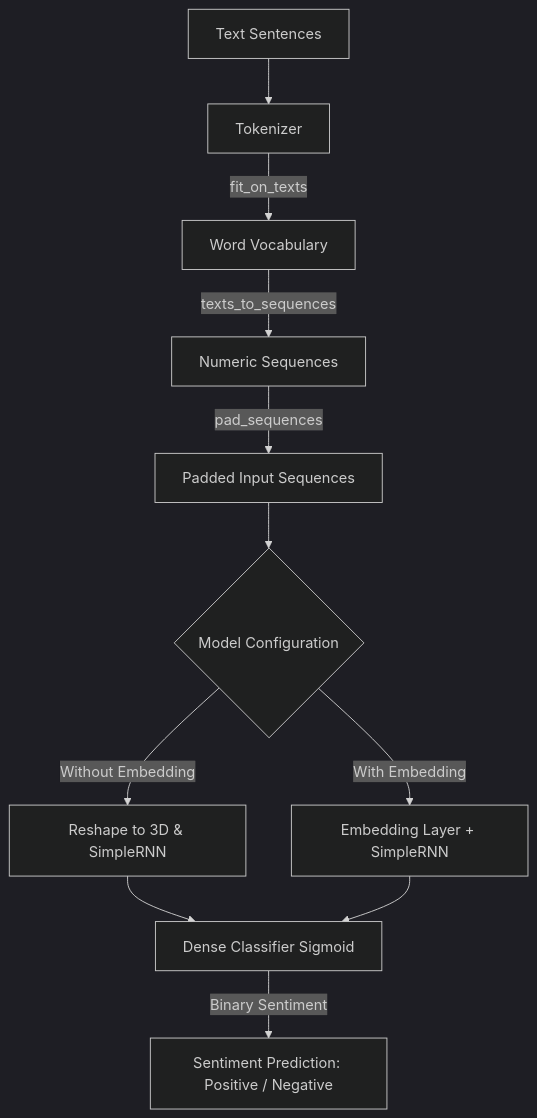
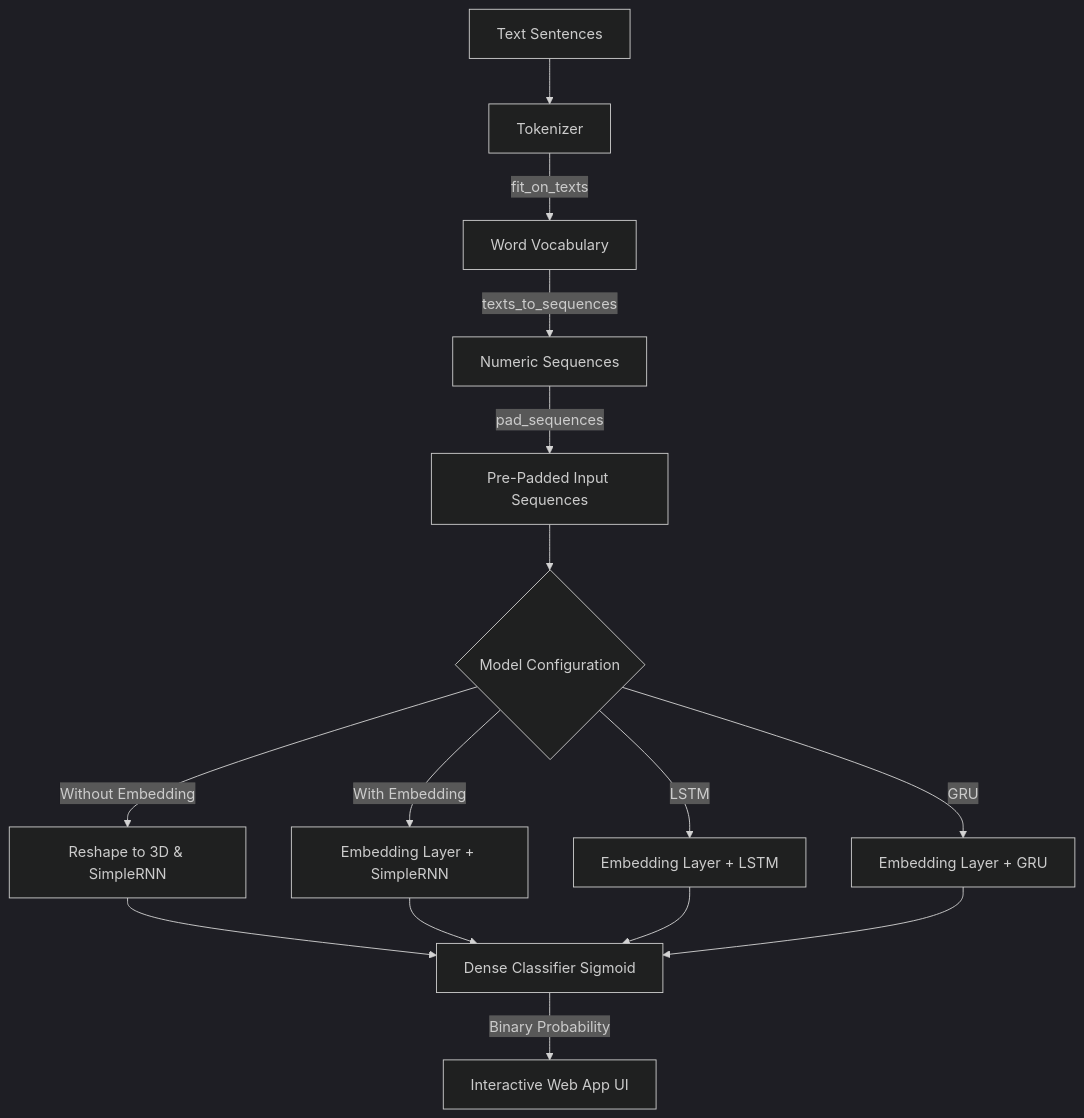
Before and after one commit to vedantdubey19/RNN-Sentiment-Analysis: the diagram in README.md, drawn with Mermaid (dark theme). The commit also changed other lines of this file and 13 other files, not shown here.

Commit message:
Implement RNN, LSTM, and GRU sentiment comparative models with Flask web dashboard

````diff
--- a/README.md
+++ b/README.md
@@ -18,13 +20,14 @@
 ```mermaid
 flowchart TD
     A[Text Sentences] --> B[Tokenizer]
     B -->|fit_on_texts| C[Word Vocabulary]
     C -->|texts_to_sequences| D[Numeric Sequences]
-    D -->|pad_sequences| E[Padded Input Sequences]
+    D -->|pad_sequences| E[Pre-Padded Input Sequences]
     E --> F{Model Configuration}
     F -->|Without Embedding| G[Reshape to 3D & SimpleRNN]
     F -->|With Embedding| H[Embedding Layer + SimpleRNN]
-    G --> I[Dense Classifier Sigmoid]
-    H --> I
-    I -->|Binary Sentiment| J[Sentiment Prediction: Positive / Negative]
+    F -->|LSTM| I[Embedding Layer + LSTM]
+    F -->|GRU| J[Embedding Layer + GRU]
+    G & H & I & J --> K[Dense Classifier Sigmoid]
+    K -->|Binary Probability| L[Interactive Web App UI]
 ```
````
